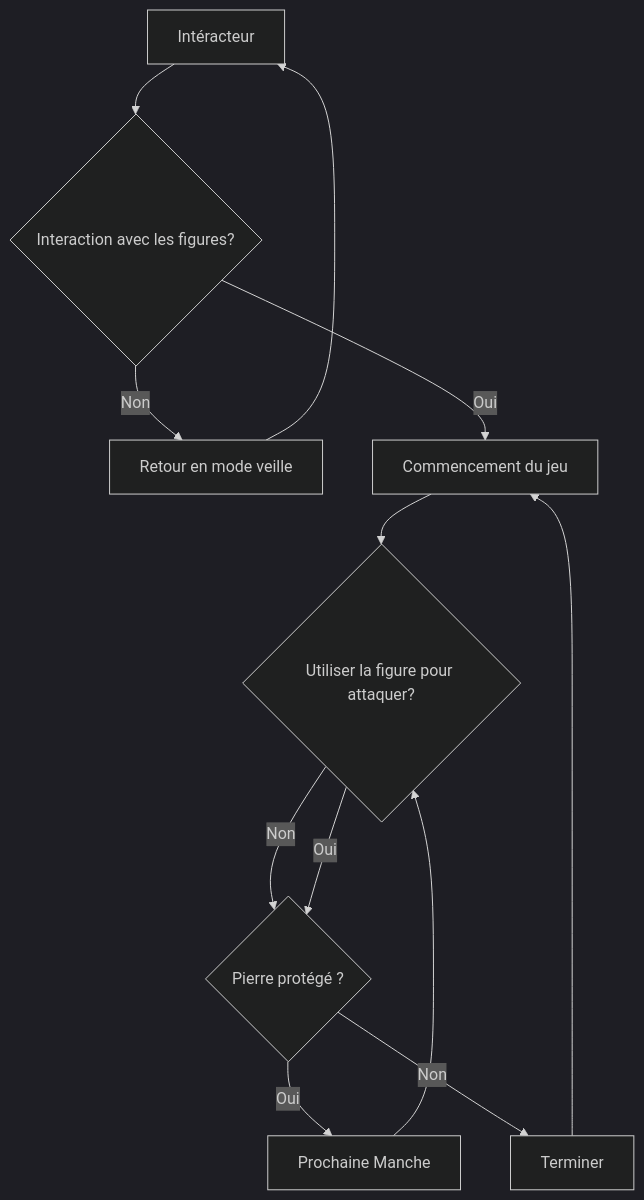
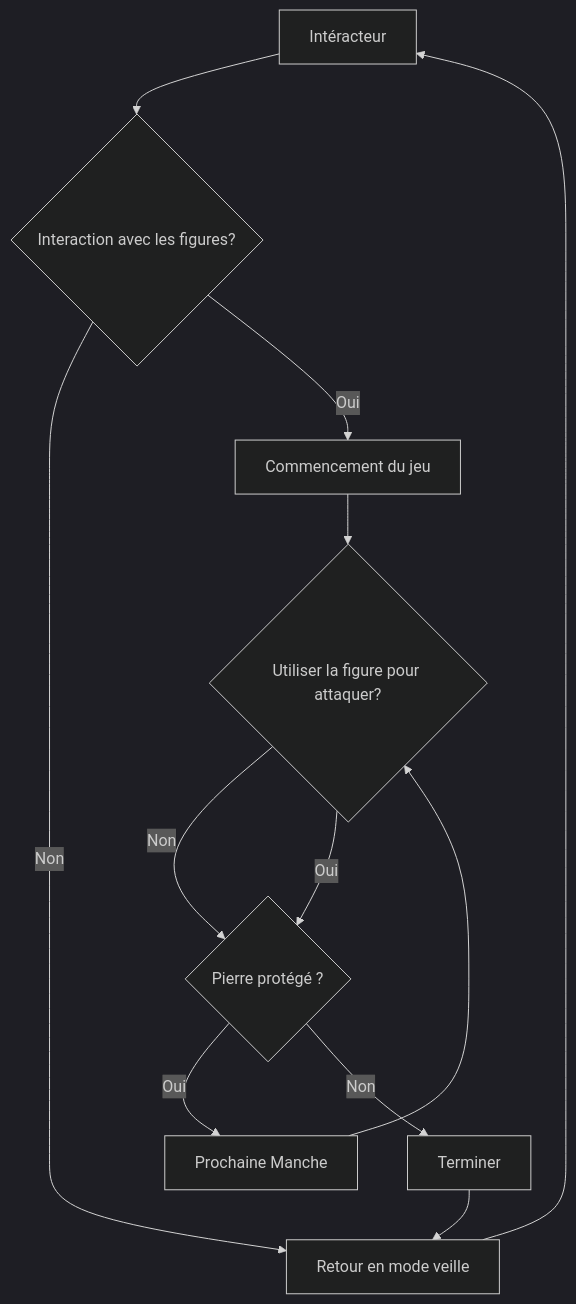
Before and after one commit to Ethereal-Creators/Etheria: the diagram in 20_intention/30_scenario/README.md, drawn with Mermaid (dark theme).

````diff
--- a/20_intention/30_scenario/README.md
+++ b/20_intention/30_scenario/README.md
@@ -13,15 +13,15 @@
 ```mermaid
 graph TD
 
     x[Intéracteur] --> id1{Interaction avec les figures?}
     id1 --Non--> A[Retour en mode veille]
     id1 --Oui--> B[Commencement du jeu] 
     B --> id2{Utiliser la figure pour attaquer?}
     id2 --Non--> M{Pierre protégé ?}
     id2 --Oui--> M
     M --Oui--> K[Prochaine Manche]
     M --Non--> U[Terminer]
     K --> id2
-    U --> B
+    U --> A
     A --> x
 ```
````
